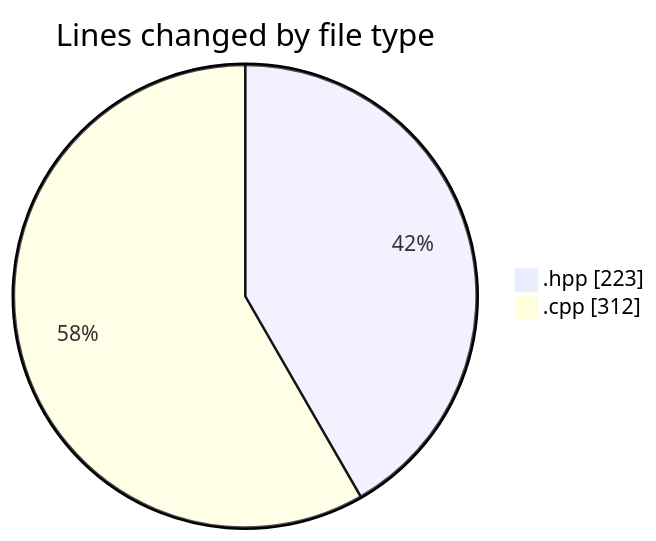
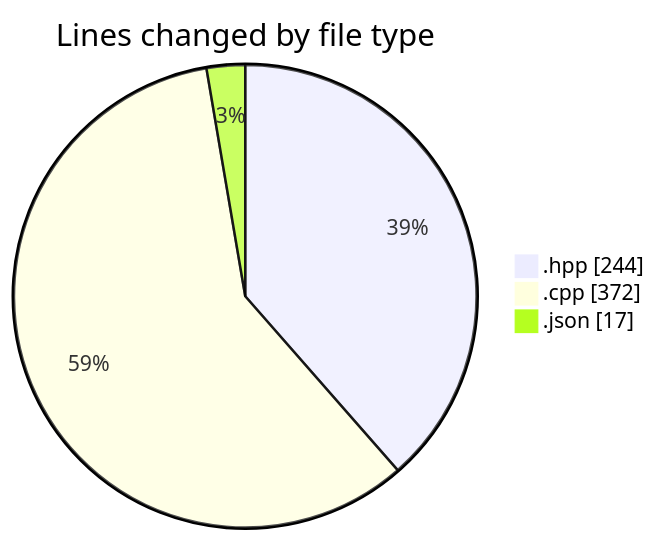
One commit to Netris89/code-tracking changed the first of 2 diagrams in 2025-05-03/date/README.md. Above: the diagram before and after it, drawn with Mermaid. The commit also changed other lines of this file and 1 other file, not shown here.

````diff
--- a/2025-05-03/date/README.md
+++ b/2025-05-03/date/README.md
@@ -28,6 +29,7 @@
 ```mermaid
 pie showData
 title Lines changed by file type
-".hpp" : 223
-".cpp" : 312
+".hpp" : 244
+".cpp" : 372
+".json" : 17
 ```
````
